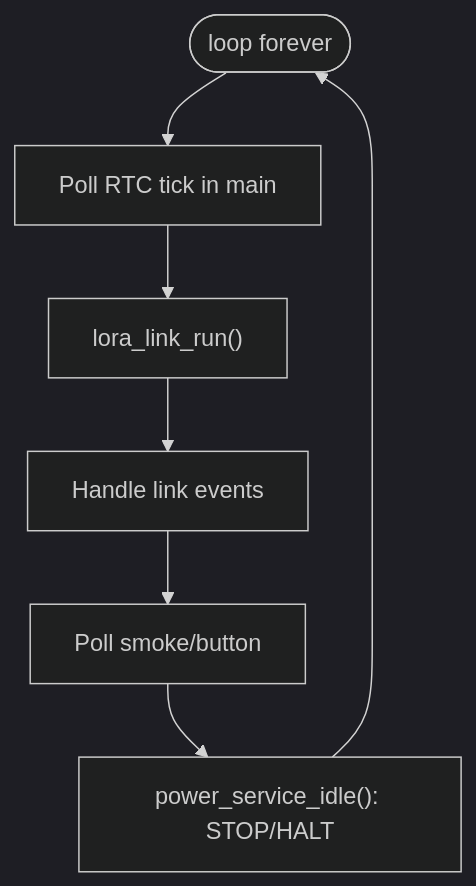
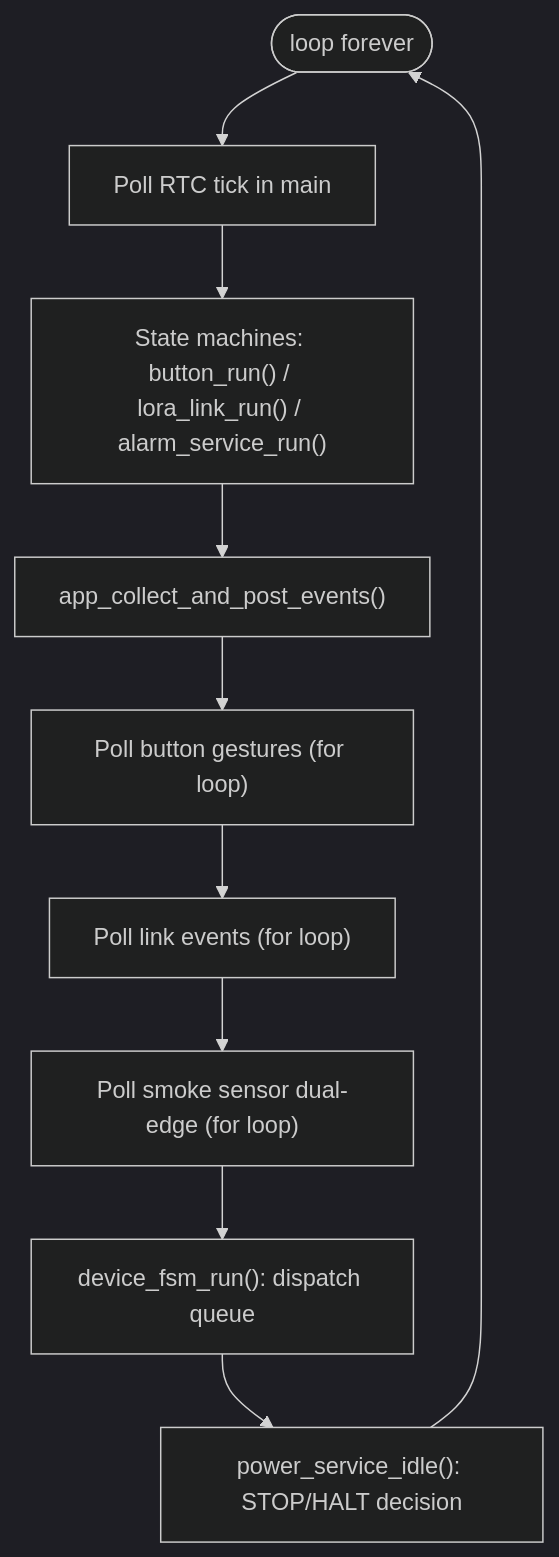
The second of 11 diagrams in EMIC_LORA_PROTOCOL/docs/main_runtime_flow.md (vuvantruong120896/emic_lora_protocol), drawn with Mermaid (dark theme) before and after one commit. The commit also changed other lines of this file and 65 other files, not shown here.

````diff
--- a/EMIC_LORA_PROTOCOL/docs/main_runtime_flow.md
+++ b/EMIC_LORA_PROTOCOL/docs/main_runtime_flow.md
@@ -35,9 +47,12 @@
 ```mermaid
 flowchart TD
   L0(["loop forever"]) --> TICK["Poll RTC tick in main"]
-  TICK --> LINKRUN["lora_link_run()"]
-  LINKRUN --> EV["Handle link events"]
-  EV --> SMOKE["Poll smoke/button"]
-  SMOKE --> IDLE["power_service_idle(): STOP/HALT"]
+  TICK --> FSM["State machines: button_run() / lora_link_run() / alarm_service_run()"]
+  FSM --> COLLECT["app_collect_and_post_events()"]
+  COLLECT --> COLLECT_BTN["Poll button gestures (for loop)"]
+  COLLECT_BTN --> COLLECT_LINK["Poll link events (for loop)"]
+  COLLECT_LINK --> COLLECT_SMOKE["Poll smoke sensor dual-edge (for loop)"]
+  COLLECT_SMOKE --> DISPATCH["device_fsm_run(): dispatch queue"]
+  DISPATCH --> IDLE["power_service_idle(): STOP/HALT decision"]
   IDLE --> L0
 ```
````
